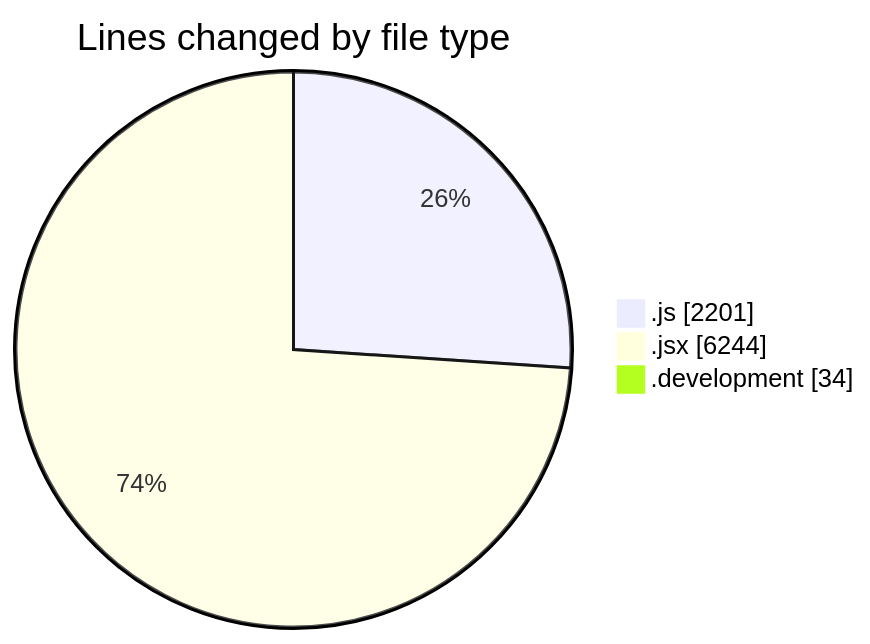
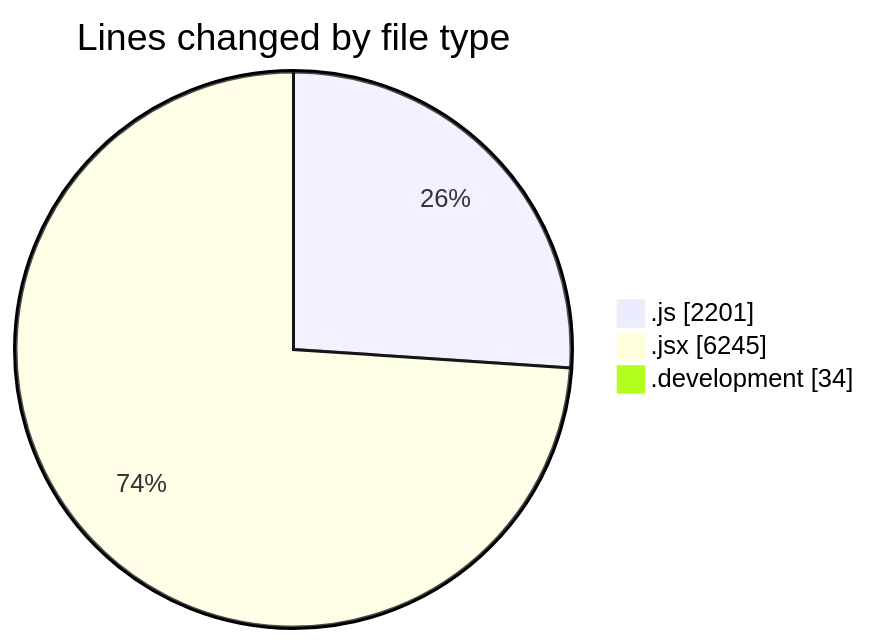
One commit to nxtqubesakshisongat/code-tracking changed the first of 2 diagrams in 2025-09-18/nxtqube_webapp/README.md. Above: the diagram before and after it, drawn with Mermaid. The commit also changed other lines of this file and 1 other file, not shown here.

````diff
--- a/2025-09-18/nxtqube_webapp/README.md
+++ b/2025-09-18/nxtqube_webapp/README.md
@@ -38,7 +38,7 @@
 ```mermaid
 pie showData
 title Lines changed by file type
 ".js" : 2201
-".jsx" : 6244
+".jsx" : 6245
 ".development" : 34
 ```
````
